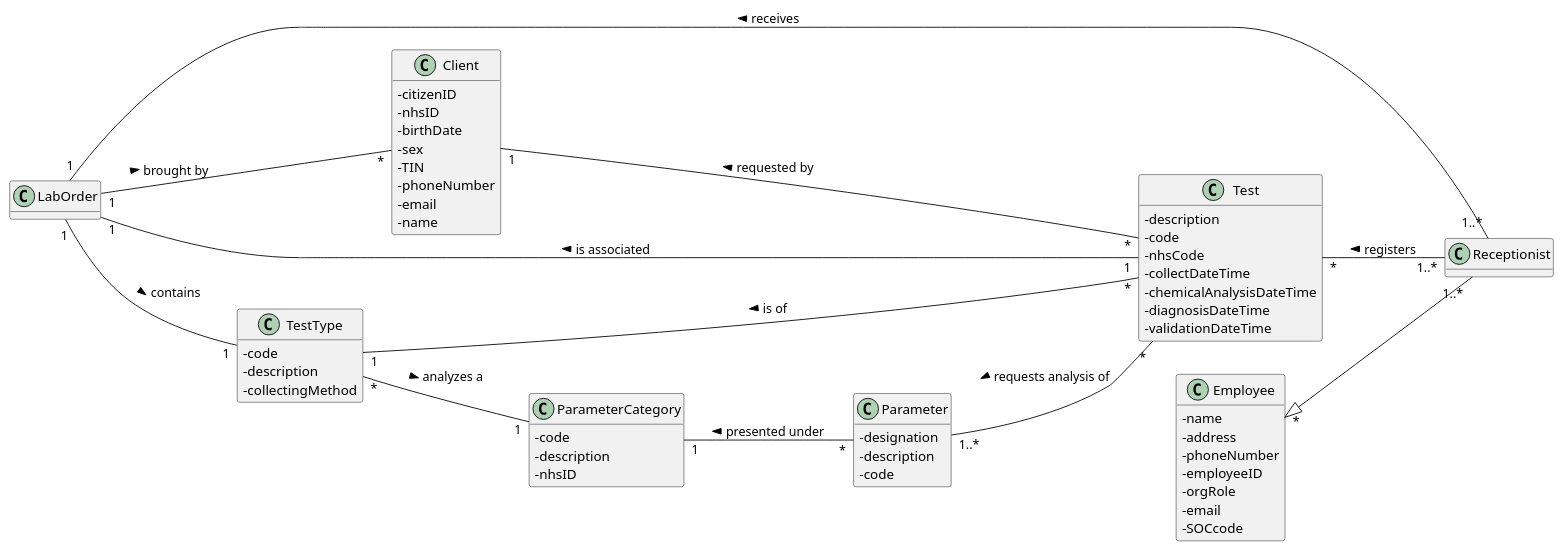
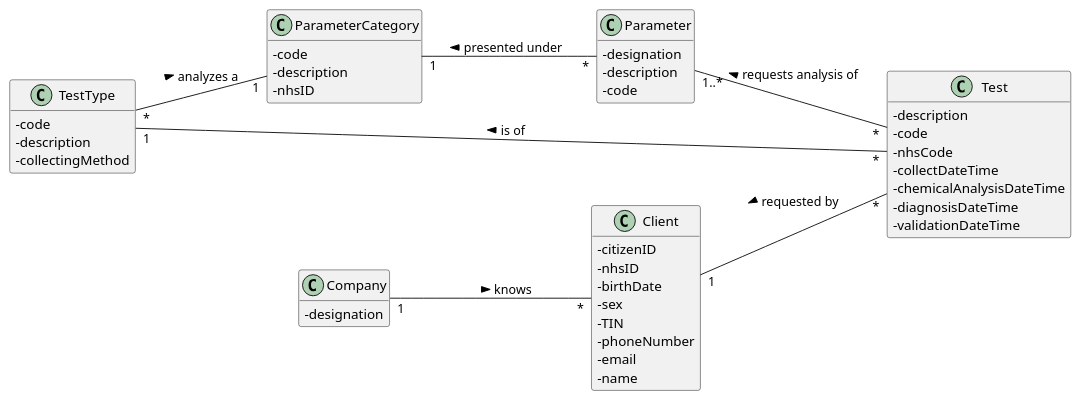
Before and after one commit to 0franciscor/lei-21-s2-1de-g19: the diagram in docs/SprintC/US04/US04-MD.puml, drawn with PlantUML. The commit also changed 1 other file, not shown here.

```diff
--- a/docs/SprintC/US04/US04-MD.puml
+++ b/docs/SprintC/US04/US04-MD.puml
@@ -1,86 +1,67 @@
 @startuml
 'https://plantuml.com/class-diagram
 
 hide methods
 skinparam classAttributeIconSize 0
 left to right direction
 
 
 class Client
-class LabOrder
-class Receptionist
-class Employee
+class Company
 class ParameterCategory
 class Parameter
 class TestType
 class Test
 
-LabOrder "1" -- "*" Client : > brought by
-LabOrder "1" -- "1..*" Receptionist : < receives
-Employee "*" <|-- "1..*" Receptionist
-LabOrder "1" -- "1" Test : < is associated
-LabOrder "1" -- "1" TestType : > contains
 TestType "*" -- "1" ParameterCategory : > analyzes a
 TestType "1" -- "*" Test: < is of
 ParameterCategory "1" -- "*" Parameter : < presented under
 Parameter "1..*" -- "*" Test : < requests analysis of
-Test "*" -- "1..*" Receptionist : < registers
 Client "1" -- "*" Test : < requested by
+Company "1" -- "*" Client : > knows
 
-class Employee{
--name
--address
--phoneNumber
--employeeID
--orgRole
--email
--SOCcode
-}
-
-class Receptionist{
+class Company{
+-designation
 }
 
 class Client{
 -citizenID
 -nhsID
 -birthDate
 -sex
 -TIN
 -phoneNumber
 -email
 -name
-}
-
-class LabOrder{
 }
 
 class ParameterCategory{
 -code
 -description
 -nhsID
 }
 
 class Parameter{
 -designation
 -description
 -code
 }
 
 class TestType{
 -code
 -description
 -collectingMethod
 }
 
 class Test{
 -description
 -code
 -nhsCode
 -collectDateTime
 -chemicalAnalysisDateTime
 -diagnosisDateTime
 -validationDateTime
 }
 
 
 @enduml
```
